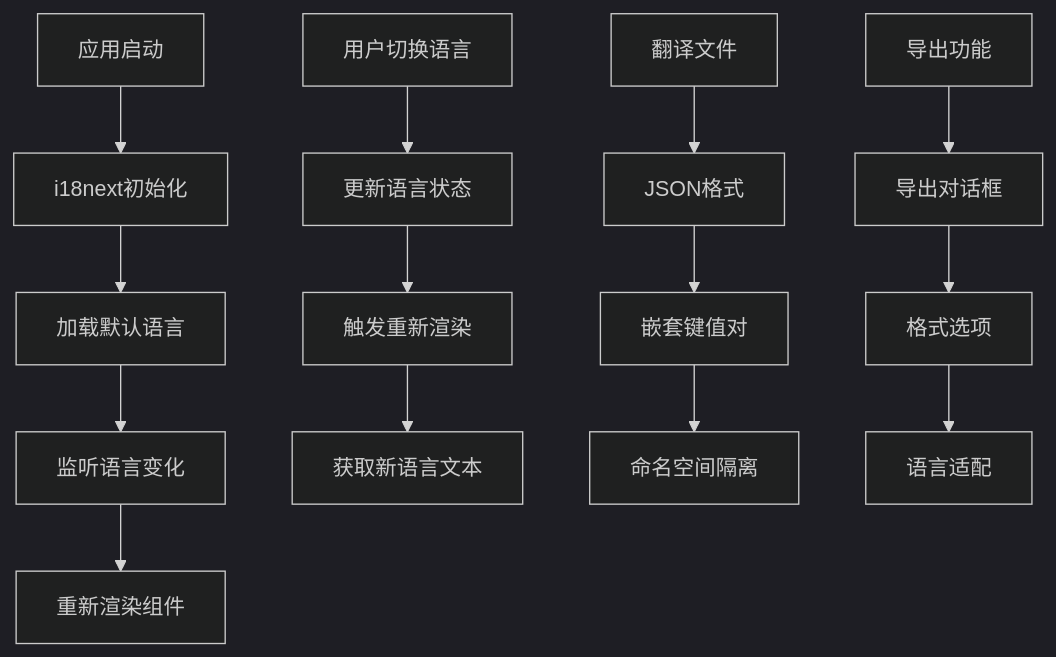
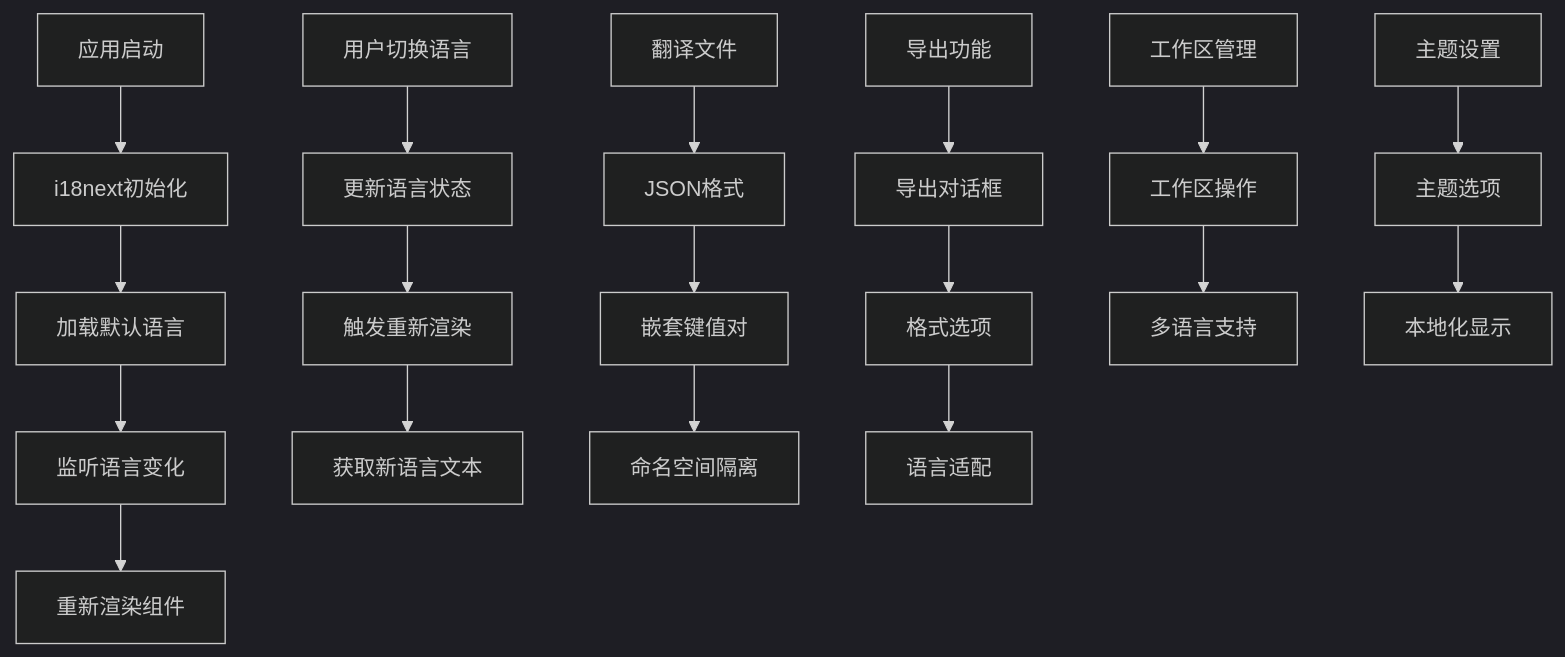
One commit to gongshiyun/ZenNote changed the first of 2 diagrams in .qoder/repowiki/zh/content/国际化.md. Above: the diagram before and after it, drawn with Mermaid (dark theme). The commit also changed other lines of this file and 21 other files, not shown here.

````diff
--- a/.qoder/repowiki/zh/content/国际化.md
+++ b/.qoder/repowiki/zh/content/国际化.md
@@ -45,16 +44,20 @@
 ```mermaid
 graph TD
 A[应用启动] --> B[i18next初始化]
 B --> C[加载默认语言]
 C --> D[监听语言变化]
 D --> E[重新渲染组件]
 F[用户切换语言] --> G[更新语言状态]
 G --> H[触发重新渲染]
 H --> I[获取新语言文本]
 J[翻译文件] --> K[JSON格式]
 K --> L[嵌套键值对]
 L --> M[命名空间隔离]
 N[导出功能] --> O[导出对话框]
 O --> P[格式选项]
 P --> Q[语言适配]
+R[工作区管理] --> S[工作区操作]
+S --> T[多语言支持]
+U[主题设置] --> V[主题选项]
+V --> W[本地化显示]
 ```
````
